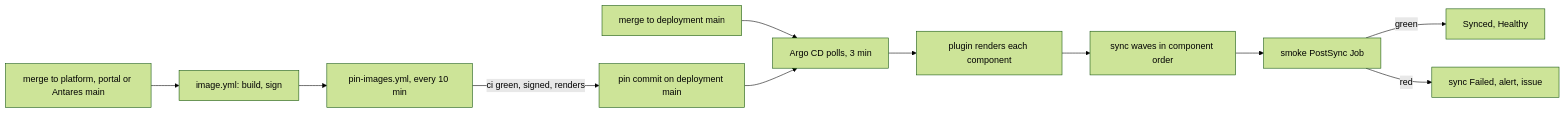
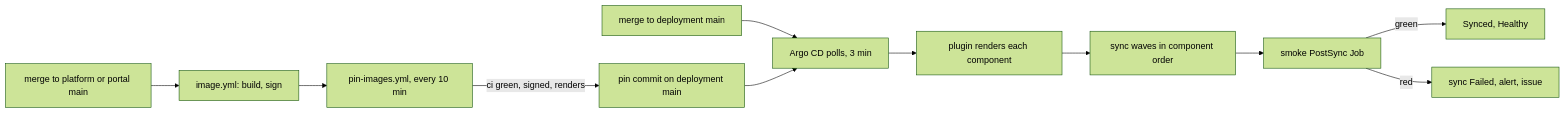
One commit to marek-mraz-jc/joinedcontext-docs changed the diagram in Deployment/15-gitops.md. Above: the diagram before and after it, drawn with Mermaid (forest theme). The commit also changed other lines of this file and 2 other files, not shown here.

First line of the commit message:
gitops docs match the code: per namespace, realm role platform-admin, read-only gate, Antares hand pin (T-4674, OPS-57, OPS-58)

````diff
--- a/Deployment/15-gitops.md
+++ b/Deployment/15-gitops.md
@@ -13,13 +13,13 @@
 ```mermaid
 flowchart LR
   A[merge to deployment main] --> B[Argo CD polls, 3 min]
-  P[merge to platform, portal or Antares main] --> I[image.yml: build, sign]
+  P[merge to platform or portal main] --> I[image.yml: build, sign]
   I --> W[pin-images.yml, every 10 min]
   W -->|ci green, signed, renders| C[pin commit on deployment main]
   C --> B
   B --> R[plugin renders each component]
   R --> S[sync waves in component order]
   S --> K[smoke PostSync Job]
   K -->|green| G[Synced, Healthy]
   K -->|red| F[sync Failed, alert, issue]
 ```
````
